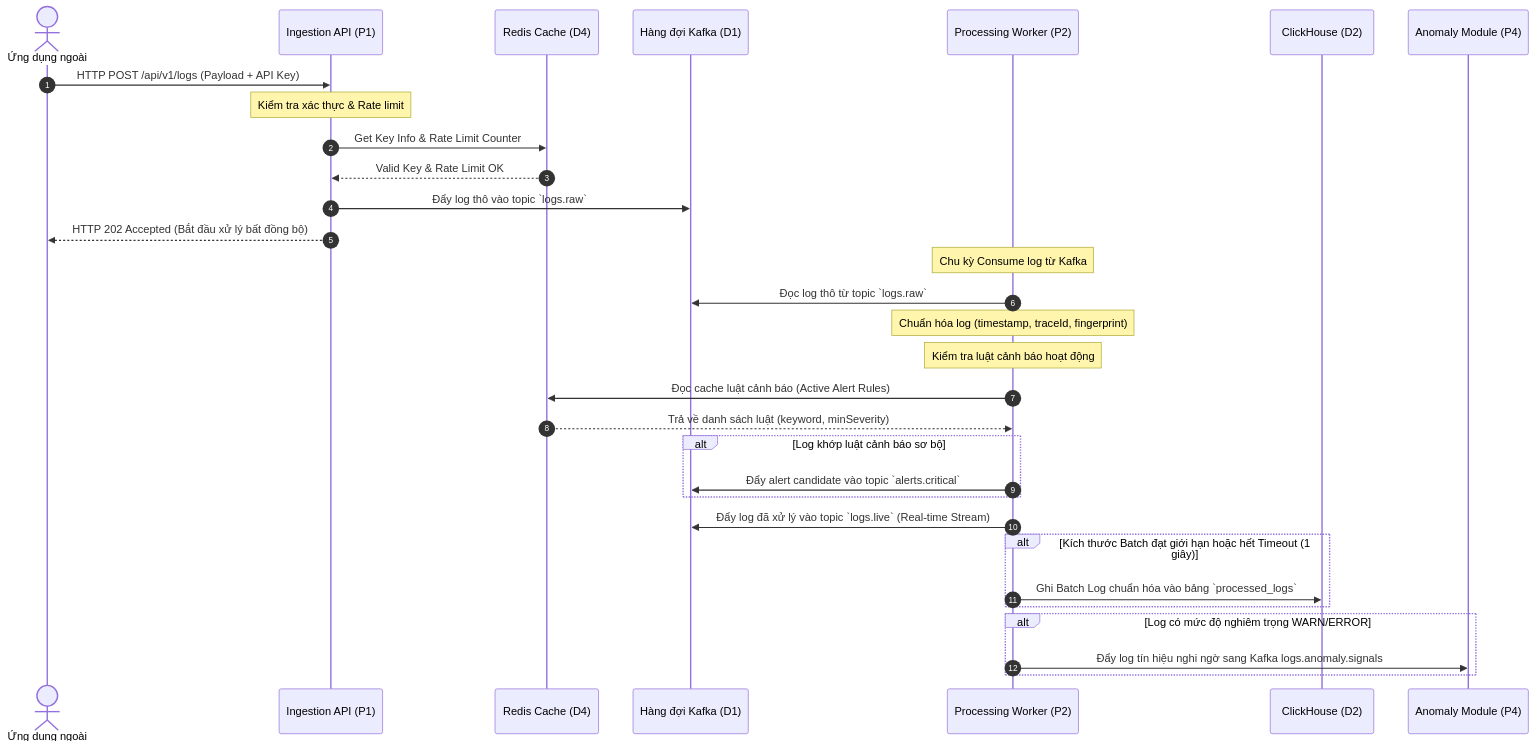
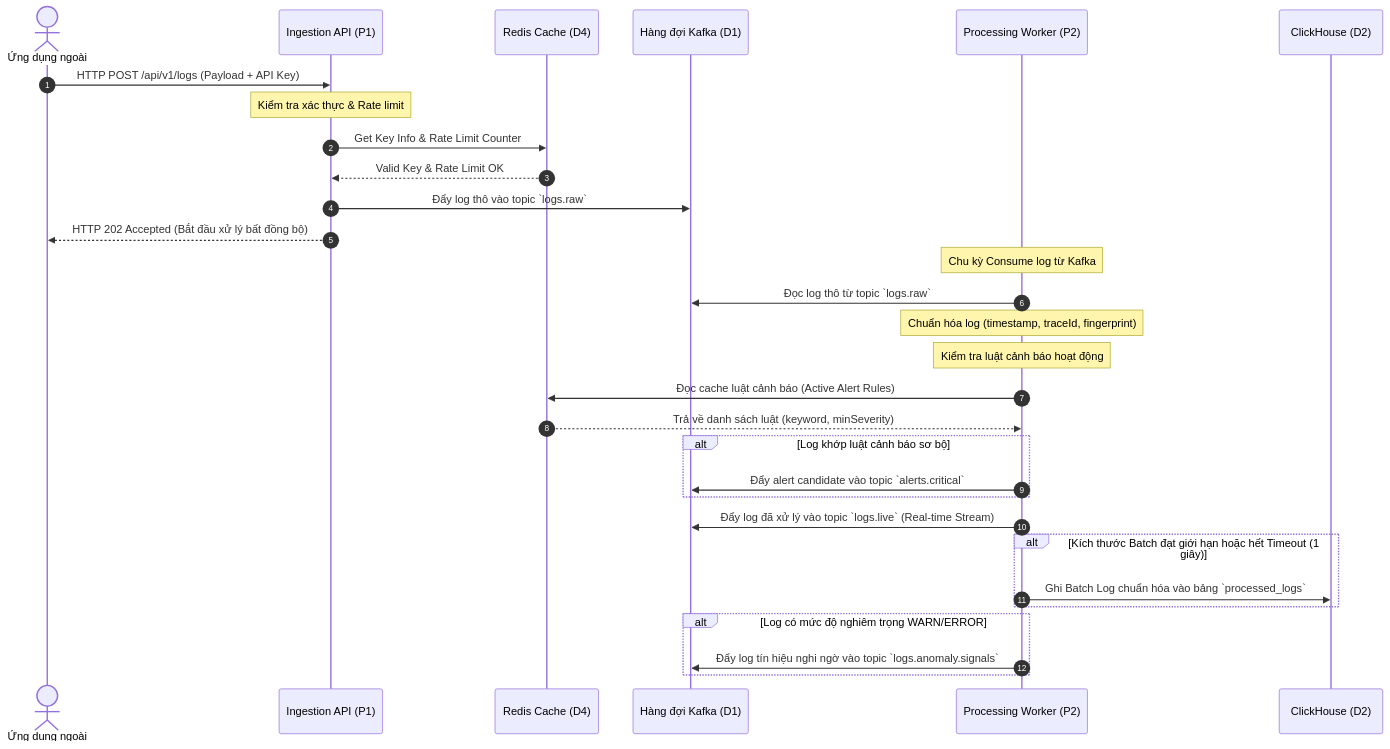
Before and after one commit to nguyentrongduc2005/log-monitoring-system: the third of 14 diagrams in detailed-diagrams.md, drawn with Mermaid. The commit also changed other lines of this file, not shown here.

Commit message:
docs: decouple anomaly module from log processing sequence diagrams

````diff
--- a/detailed-diagrams.md
+++ b/detailed-diagrams.md
@@ -120,40 +120,39 @@
 ```mermaid
 sequenceDiagram
     autonumber
     actor App as Ứng dụng ngoài
     participant Ingest as Ingestion API (P1)
     participant Redis as Redis Cache (D4)
     participant Kafka as Hàng đợi Kafka (D1)
     participant Worker as Processing Worker (P2)
     participant CH as ClickHouse (D2)
-    participant Anomaly as Anomaly Module (P4)
 
     App->>Ingest: HTTP POST /api/v1/logs (Payload + API Key)
     Note over Ingest: Kiểm tra xác thực & Rate limit
     Ingest->>Redis: Get Key Info & Rate Limit Counter
     Redis-->>Ingest: Valid Key & Rate Limit OK
     Ingest->>Kafka: Đẩy log thô vào topic `logs.raw`
     Ingest-->>App: HTTP 202 Accepted (Bắt đầu xử lý bất đồng bộ)
     
     Note over Worker: Chu kỳ Consume log từ Kafka
     Worker->>Kafka: Đọc log thô từ topic `logs.raw`
     Note over Worker: Chuẩn hóa log (timestamp, traceId, fingerprint)
     
     Note over Worker: Kiểm tra luật cảnh báo hoạt động
     Worker->>Redis: Đọc cache luật cảnh báo (Active Alert Rules)
     Redis-->>Worker: Trả về danh sách luật (keyword, minSeverity)
     
     alt Log khớp luật cảnh báo sơ bộ
         Worker->>Kafka: Đẩy alert candidate vào topic `alerts.critical`
     end
     
     Worker->>Kafka: Đẩy log đã xử lý vào topic `logs.live` (Real-time Stream)
     
     alt Kích thước Batch đạt giới hạn hoặc hết Timeout (1 giây)
         Worker->>CH: Ghi Batch Log chuẩn hóa vào bảng `processed_logs`
     end
     
     alt Log có mức độ nghiêm trọng WARN/ERROR
-        Worker->>Anomaly: Đẩy log tín hiệu nghi ngờ sang Kafka logs.anomaly.signals
+        Worker->>Kafka: Đẩy log tín hiệu nghi ngờ vào topic `logs.anomaly.signals`
     end
 ```
````
